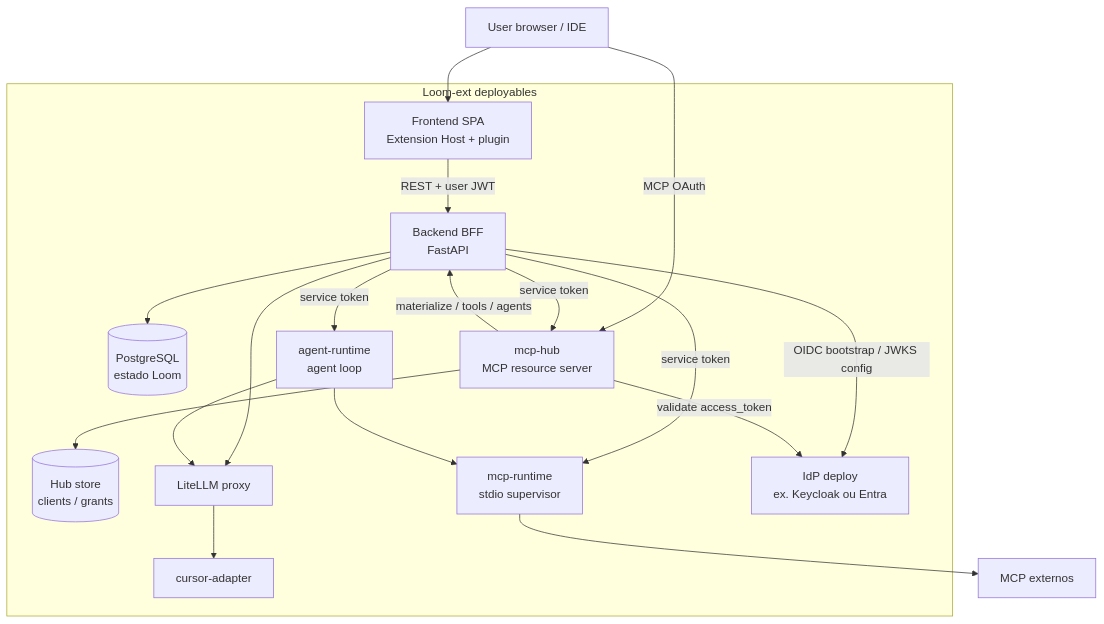
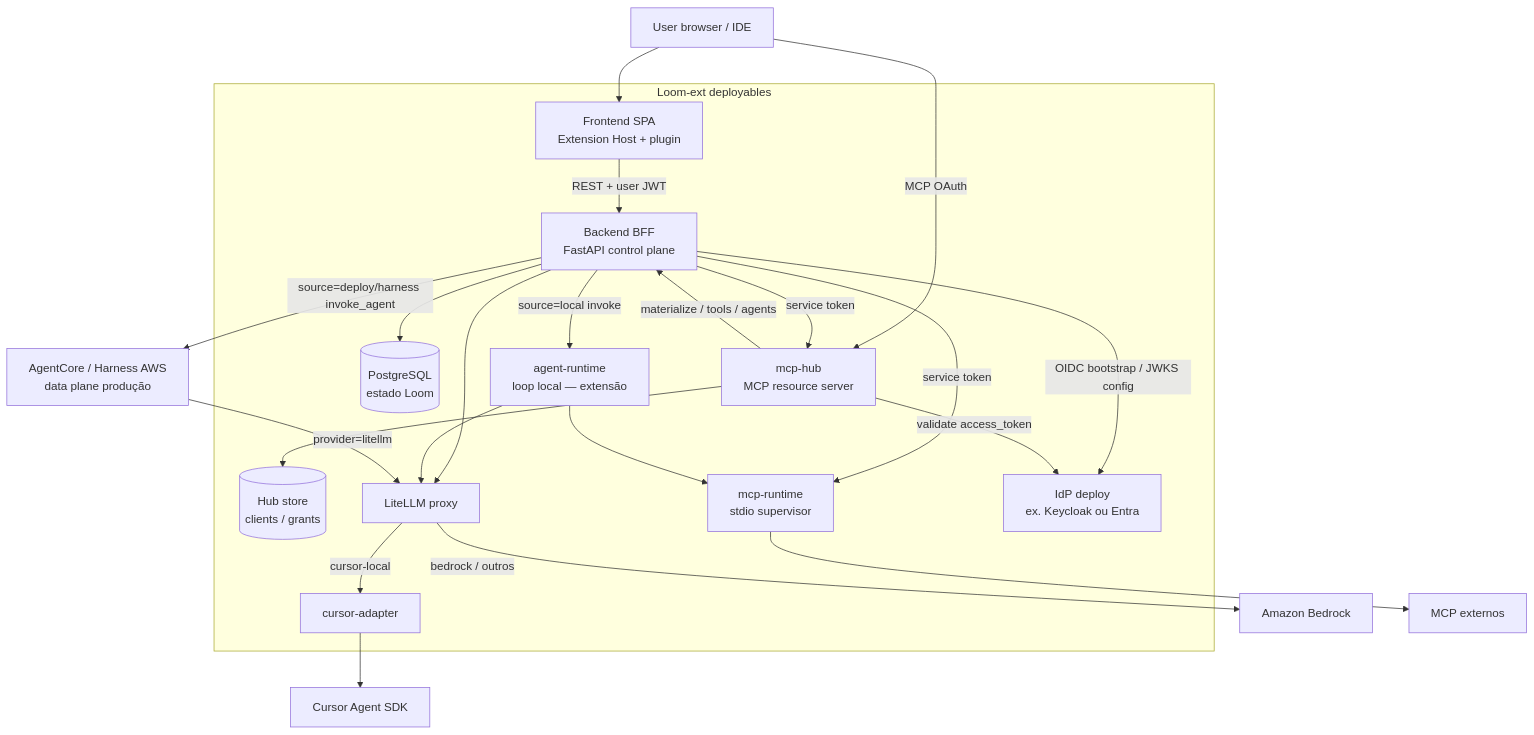
The second of 8 diagrams in local-runtime/docs/guide/architecture.md (awslabs/loom), drawn with Mermaid before and after one commit. The commit also changed other lines of this file, not shown here.

First line of the commit message:
docs(architecture): restore AgentCore and Bedrock as extended paths

````diff
--- a/local-runtime/docs/guide/architecture.md
+++ b/local-runtime/docs/guide/architecture.md
@@ -58,36 +74,43 @@
 ```mermaid
 flowchart TB
   USER[User browser / IDE]
 
   subgraph LoomExt[Loom-ext deployables]
     FE[Frontend SPA<br/>Extension Host + plugin]
-    BE[Backend BFF<br/>FastAPI]
+    BE[Backend BFF<br/>FastAPI control plane]
     PG[(PostgreSQL<br/>estado Loom)]
     HUB[mcp-hub<br/>MCP resource server]
     HSTORE[(Hub store<br/>clients / grants)]
     MCPR[mcp-runtime<br/>stdio supervisor]
-    AR[agent-runtime<br/>agent loop]
+    AR[agent-runtime<br/>loop local — extensão]
     CA[cursor-adapter]
     LL[LiteLLM proxy]
     IDPL[IdP deploy<br/>ex. Keycloak ou Entra]
   end
 
+  AC[AgentCore / Harness AWS<br/>data plane produção]
+  BR[Amazon Bedrock]
   MCPX[MCP externos]
+  CURSOR[Cursor Agent SDK]
 
   USER --> FE
   USER -->|MCP OAuth| HUB
   FE -->|REST + user JWT| BE
   BE --> PG
   BE -->|OIDC bootstrap / JWKS config| IDPL
   BE -->|service token| HUB
   BE -->|service token| MCPR
-  BE -->|service token| AR
+  BE -->|source=local invoke| AR
+  BE -->|source=deploy/harness invoke_agent| AC
   BE --> LL
   HUB -->|materialize / tools / agents| BE
   HUB --> HSTORE
   HUB -->|validate access_token| IDPL
   AR --> LL
   AR --> MCPR
-  LL --> CA
+  AC -->|provider=litellm| LL
+  LL -->|bedrock / outros| BR
+  LL -->|cursor-local| CA
+  CA --> CURSOR
   MCPR --> MCPX
 ```
````
